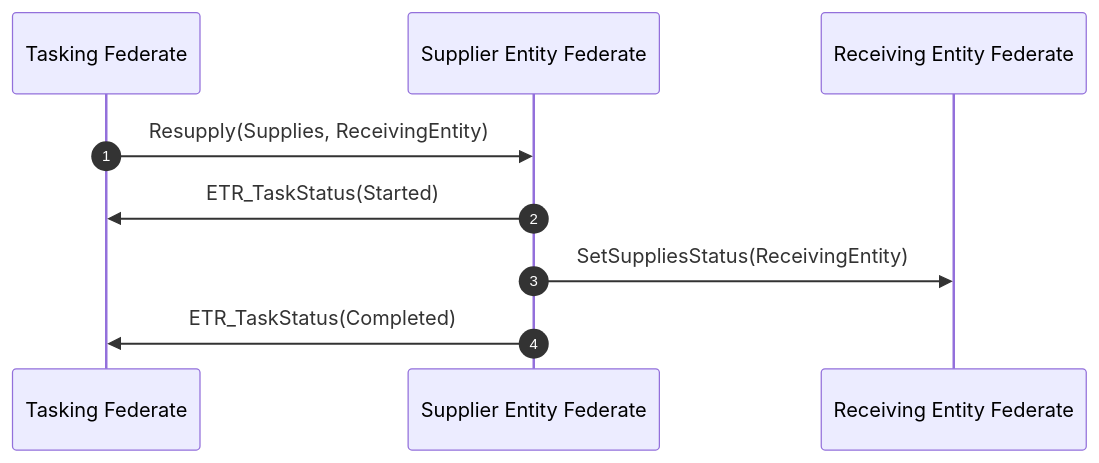
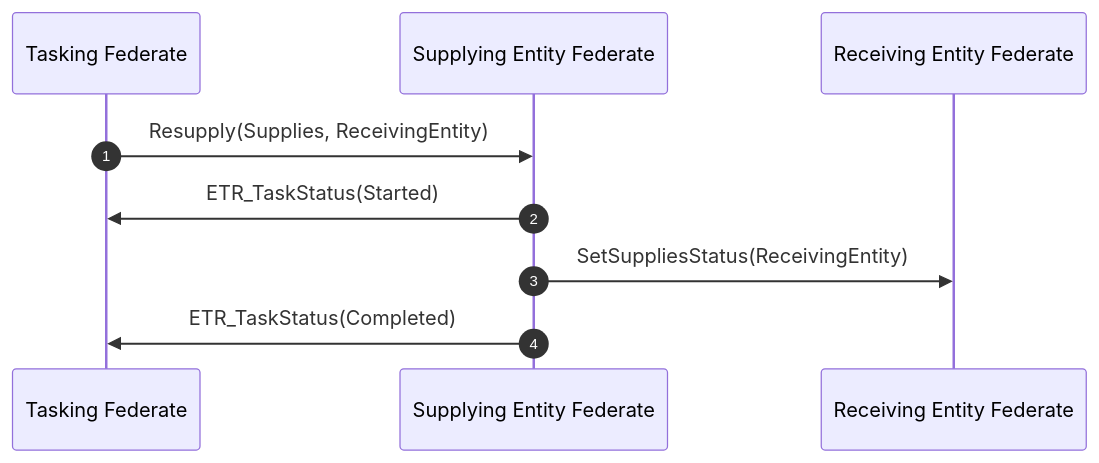
One commit to AMSP-04/NETN-FOM changed the third of 7 diagrams in modules/NETN-LOG/NETN-LOG.md. Above: the diagram before and after it, drawn with Mermaid. The commit also changed other lines of this file, not shown here.

First line of the commit message:
DOCS: Change supplier entity to supplying entity in NETN-LOG.md

````diff
--- a/modules/NETN-LOG/NETN-LOG.md
+++ b/modules/NETN-LOG/NETN-LOG.md
@@ -83,9 +83,9 @@
 ```mermaid
 sequenceDiagram
 autonumber
-Tasking Federate->>Supplier Entity Federate: Resupply(Supplies, ReceivingEntity)
-Supplier Entity Federate->>Tasking Federate: ETR_TaskStatus(Started)
-Supplier Entity Federate->>Receiving Entity Federate: SetSuppliesStatus(ReceivingEntity)
-Supplier Entity Federate->>Tasking Federate: ETR_TaskStatus(Completed)
+Tasking Federate->>Supplying Entity Federate: Resupply(Supplies, ReceivingEntity)
+Supplying Entity Federate->>Tasking Federate: ETR_TaskStatus(Started)
+Supplying Entity Federate->>Receiving Entity Federate: SetSuppliesStatus(ReceivingEntity)
+Supplying Entity Federate->>Tasking Federate: ETR_TaskStatus(Completed)
 
 ```
````
